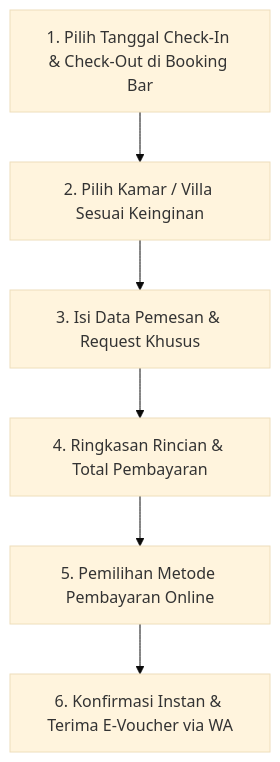
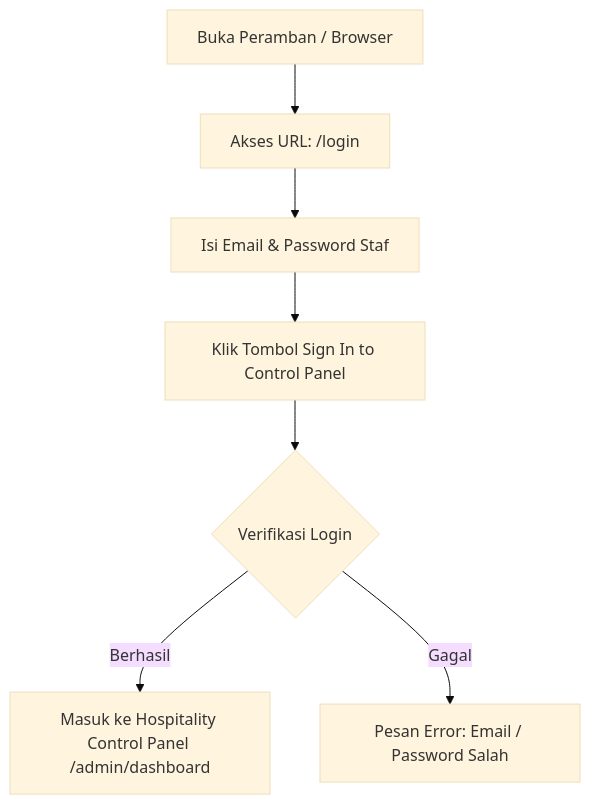
Before and after one commit to hasanarofid/sistem-hotel: the first of 2 diagrams in MANUAL_BOOK_VIJE_BOUTIQUE_RESORT.md, drawn with Mermaid (base theme). The commit also changed other lines of this file, not shown here.

Commit message:
docs: update Manual Book to focus strictly on system operational guide and detailed user login credentials table

````diff
--- a/MANUAL_BOOK_VIJE_BOUTIQUE_RESORT.md
+++ b/MANUAL_BOOK_VIJE_BOUTIQUE_RESORT.md
@@ -81,8 +47,9 @@
 ```mermaid
 flowchart TD
-    Step1[1. Pilih Tanggal Check-In & Check-Out di Booking Bar] --> Step2[2. Pilih Kamar / Villa Sesuai Keinginan]
-    Step2 --> Step3[3. Isi Data Pemesan & Request Khusus]
-    Step3 --> Step4[4. Ringkasan Rincian & Total Pembayaran]
-    Step4 --> Step5[5. Pemilihan Metode Pembayaran Online]
-    Step5 --> Step6[6. Konfirmasi Instan & Terima E-Voucher via WA]
+    A[Buka Peramban / Browser] --> B[Akses URL: /login]
+    B --> C[Isi Email & Password Staf]
+    C --> D[Klik Tombol Sign In to Control Panel]
+    D --> E{Verifikasi Login}
+    E -- Berhasil --> F[Masuk ke Hospitality Control Panel /admin/dashboard]
+    E -- Gagal --> G[Pesan Error: Email / Password Salah]
 ```
````
